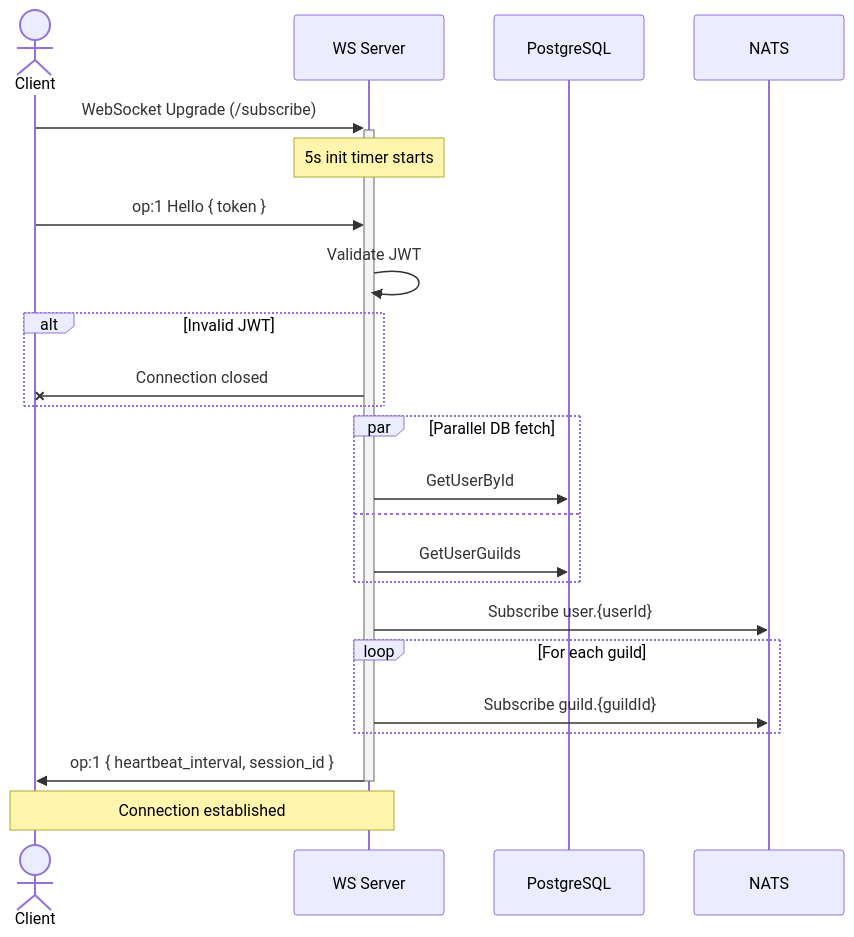
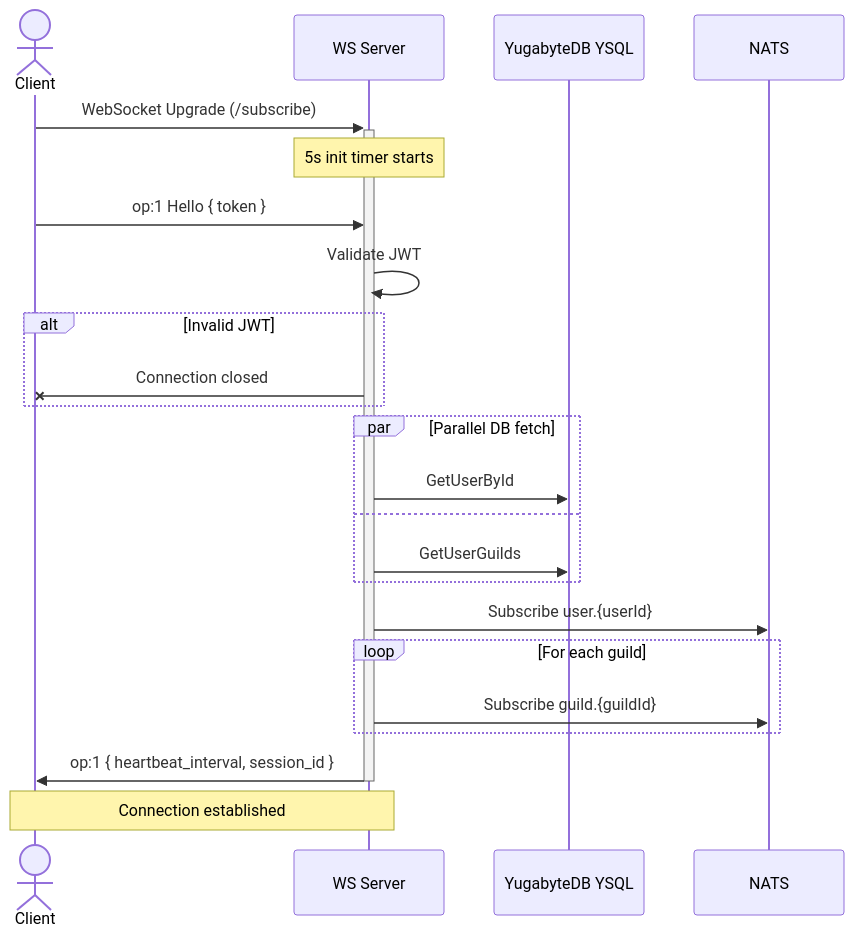
One commit to FlameInTheDark/gochat changed the first of 3 diagrams in docs/project/ws/EventsFlow.md. Above: the diagram before and after it, drawn with Mermaid. The commit also changed 68 other files, not shown here.

````diff
--- a/docs/project/ws/EventsFlow.md
+++ b/docs/project/ws/EventsFlow.md
@@ -7,30 +7,30 @@
 ```mermaid
 sequenceDiagram
     actor C as Client
     participant S as WS Server
-    participant DB as PostgreSQL
+    participant DB as YugabyteDB YSQL
     participant N as NATS
 
     C->>+S: WebSocket Upgrade (/subscribe)
     Note over S: 5s init timer starts
 
     C->>S: op:1 Hello { token }
     S->>S: Validate JWT
     alt Invalid JWT
         S-xC: Connection closed
     end
 
     par Parallel DB fetch
         S->>DB: GetUserById
     and
         S->>DB: GetUserGuilds
     end
 
     S->>N: Subscribe user.{userId}
     loop For each guild
         S->>N: Subscribe guild.{guildId}
     end
 
     S->>-C: op:1 { heartbeat_interval, session_id }
     Note over C, S: Connection established
 ```
````
